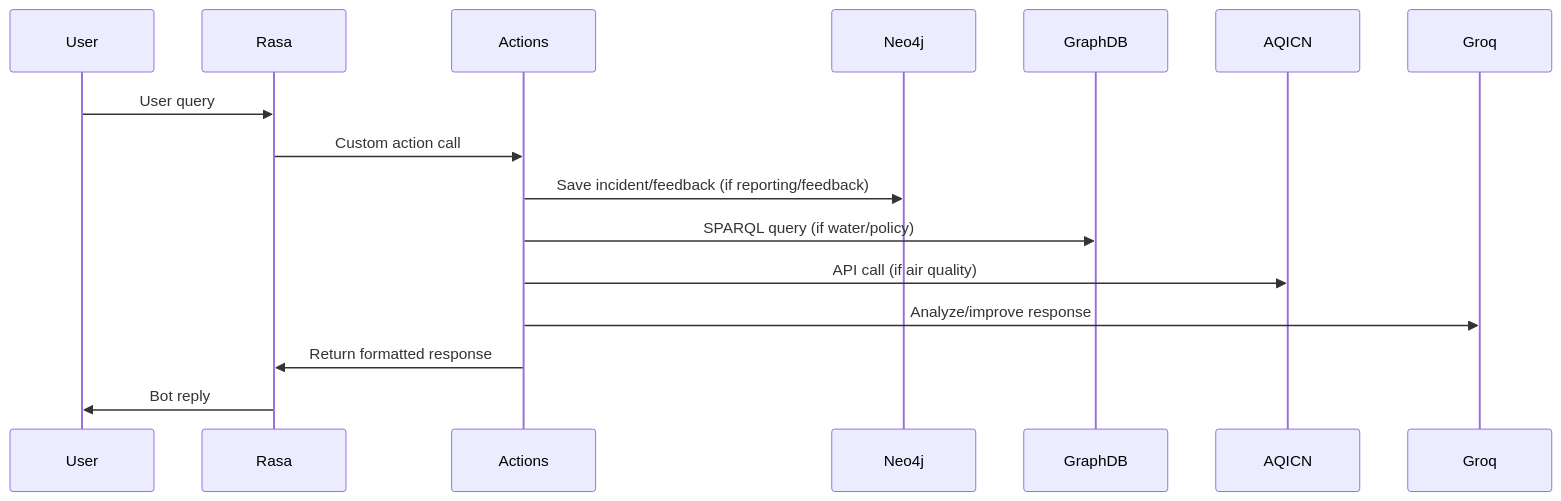
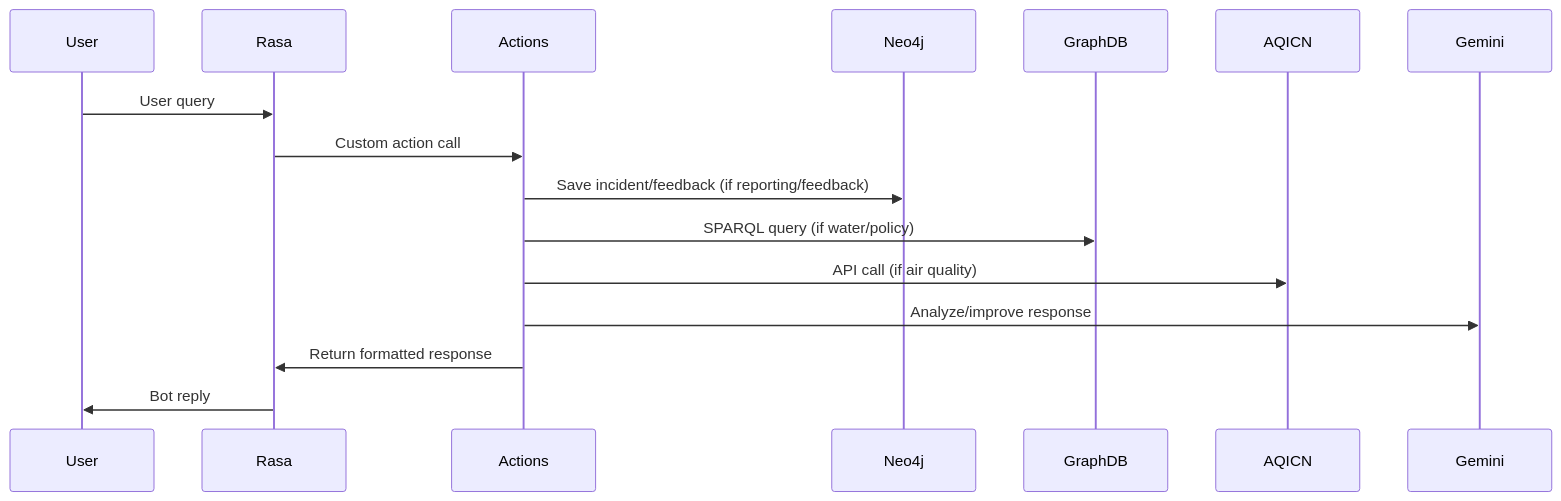
Before and after one commit to aryaayush190/EcoSentinel: the second of 2 diagrams in README.md, drawn with Mermaid. The commit also changed other lines of this file, not shown here.

````diff
--- a/README.md
+++ b/README.md
@@ -71,19 +71,19 @@
 ```mermaid
 sequenceDiagram
     participant U as User
     participant R as Rasa
     participant A as Actions
     participant N as Neo4j
     participant G as GraphDB
     participant Q as AQICN
-    participant GR as Groq
+    participant GR as Gemini
 
     U->>R: User query
     R->>A: Custom action call
     A->>N: Save incident/feedback (if reporting/feedback)
     A->>G: SPARQL query (if water/policy)
     A->>Q: API call (if air quality)
     A->>GR: Analyze/improve response
     A->>R: Return formatted response
     R->>U: Bot reply
 ```
````
